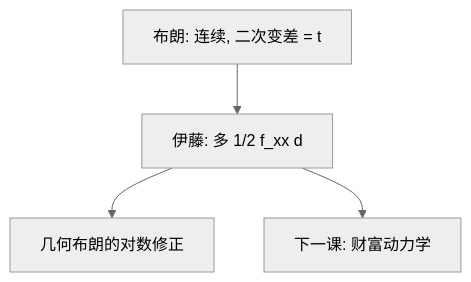
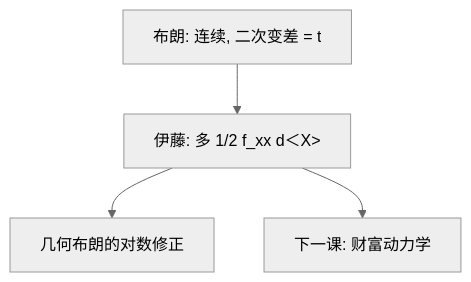
One commit to xhongduo-tech/xhongduo-tech.github.io changed the diagram in docs/econ/brownian-ito.md. Above: the diagram before and after it, drawn with Mermaid (neutral theme). The commit also changed 772 other files, not shown here.

````diff
--- a/docs/econ/brownian-ito.md
+++ b/docs/econ/brownian-ito.md
@@ -32,6 +32,6 @@
 ```mermaid
 flowchart TD
-  BM["布朗: 连续, 二次变差 = t"] --> ITO["伊藤: 多 1/2 f_xx d<X>"]
+  BM["布朗: 连续, 二次变差 = t"] --> ITO["伊藤: 多 1/2 f_xx d＜X>"]
   ITO --> GEO["几何布朗的对数修正"]
   ITO --> BDGT["下一课: 财富动力学"]
 ```
````
